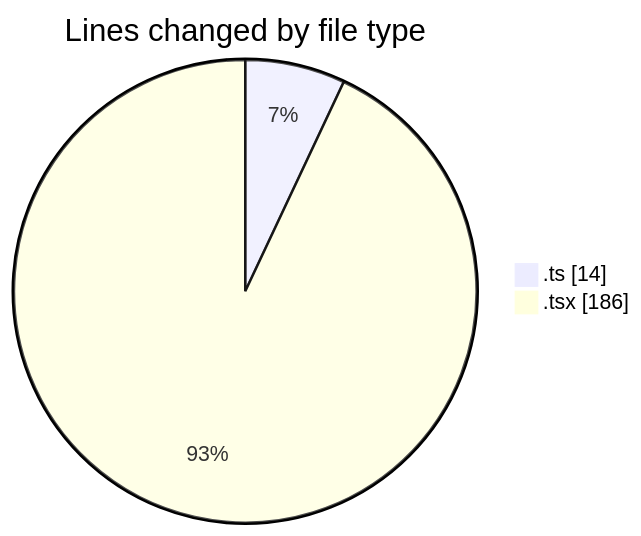
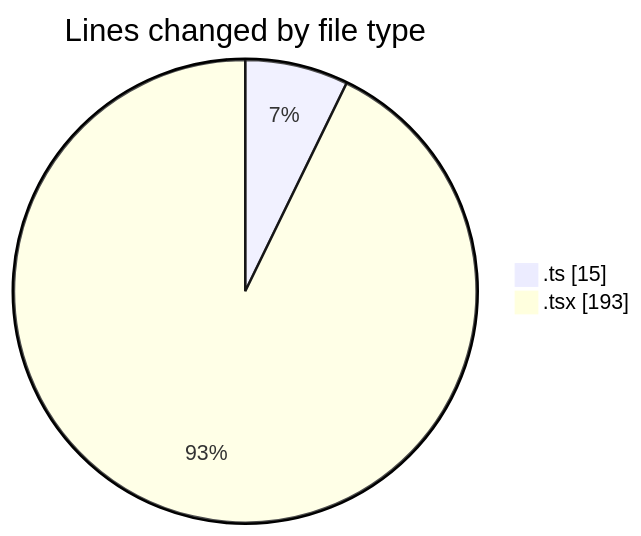
One commit to momahboobian/code-tracking changed the first of 2 diagrams in 2026-04-29/cda/README.md. Above: the diagram before and after it, drawn with Mermaid. The commit also changed other lines of this file and 1 other file, not shown here.

````diff
--- a/2026-04-29/cda/README.md
+++ b/2026-04-29/cda/README.md
@@ -24,6 +24,6 @@
 ```mermaid
 pie showData
 title Lines changed by file type
-".ts" : 14
-".tsx" : 186
+".ts" : 15
+".tsx" : 193
 ```
````
